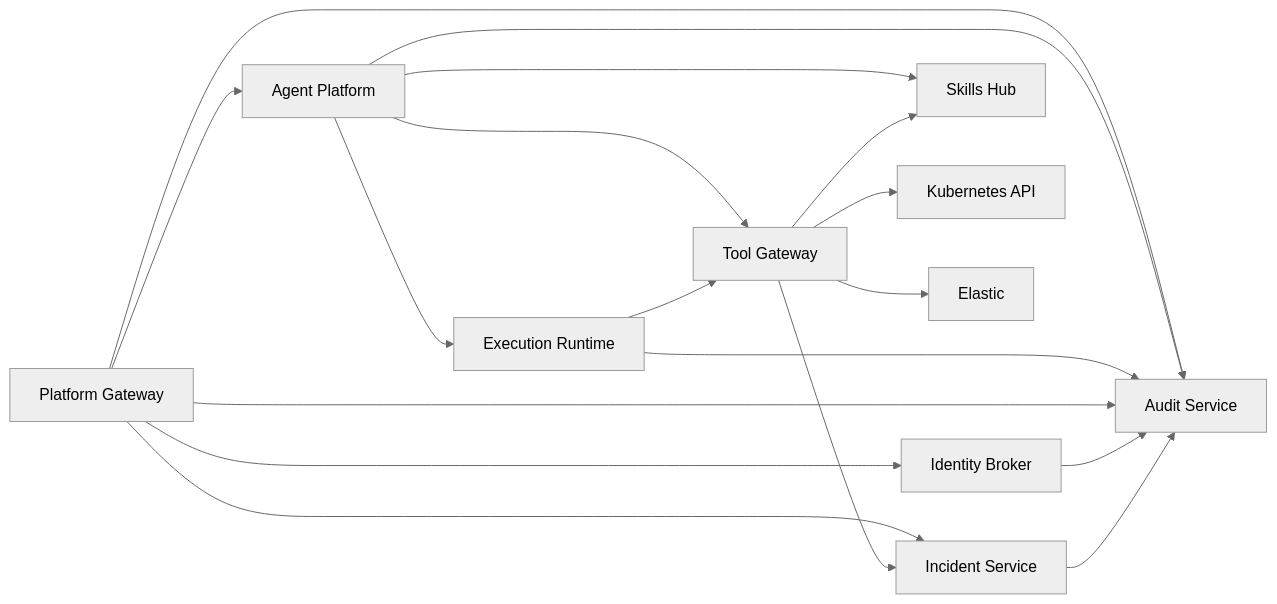
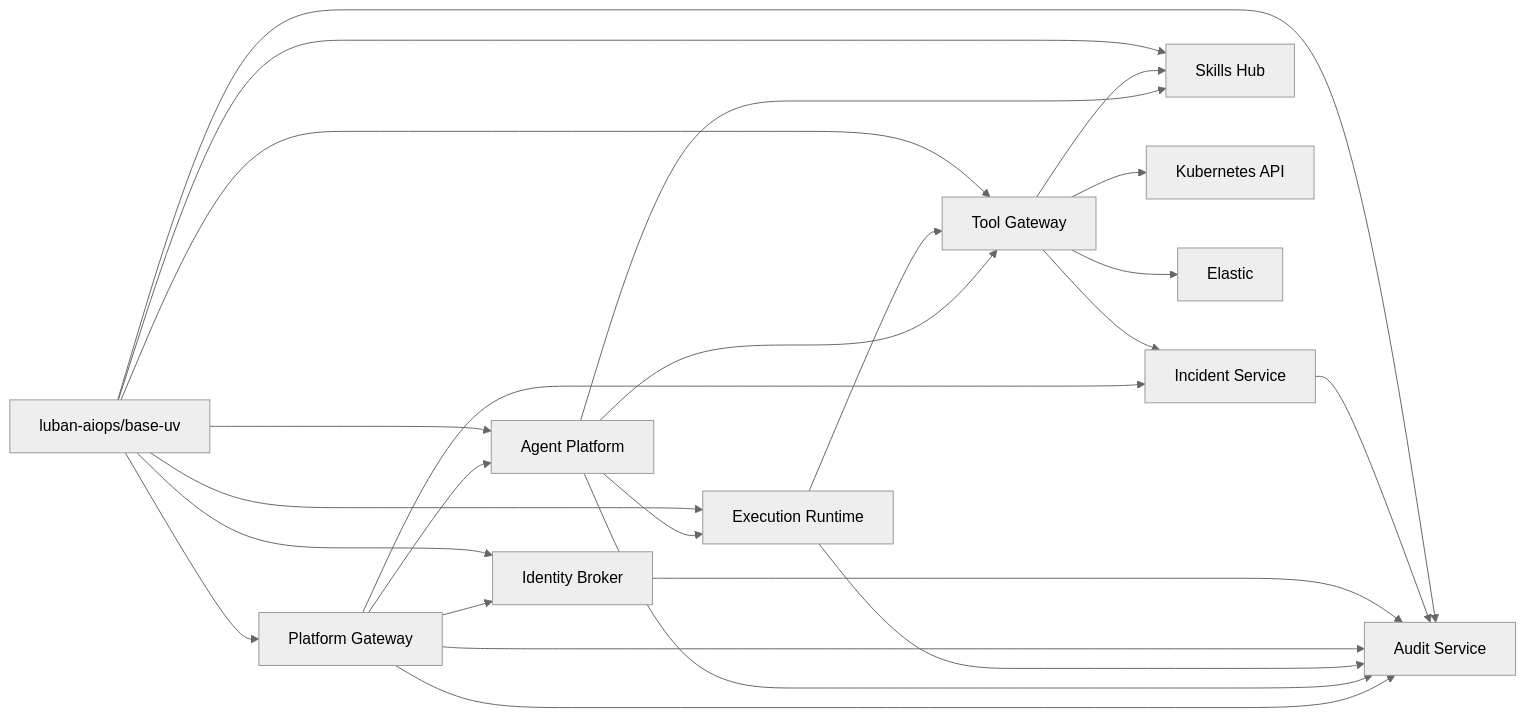
One commit to alainlei/luban-aiops changed the seventh of 7 diagrams in .qoder/repowiki/en/content/Platform Overview/Platform Overview.md. Above: the diagram before and after it, drawn with Mermaid (neutral theme). The commit also changed other lines of this file and 24 other files, not shown here.

````diff
--- a/.qoder/repowiki/en/content/Platform Overview/Platform Overview.md
+++ b/.qoder/repowiki/en/content/Platform Overview/Platform Overview.md
@@ -323,20 +363,27 @@
 ```mermaid
 graph LR
 PG["Platform Gateway"] --> IB["Identity Broker"]
 PG --> AS["Agent Platform"]
 PG --> AUD["Audit Service"]
 PG --> IS["Incident Service"]
 AS --> TG["Tool Gateway"]
 AS --> SH["Skills Hub"]
 AS --> ER["Execution Runtime"]
 ER --> TG
 TG --> K8S["Kubernetes API"]
 TG --> ELASTIC["Elastic"]
 TG --> SH
 TG --> IS
 AS --> AUD
 ER --> AUD
 PG --> AUD
 IB --> AUD
 IS --> AUD
+BASE["luban-aiops/base-uv"] --> AS
+BASE --> PG
+BASE --> TG
+BASE --> IB
+BASE --> SH
+BASE --> AUD
+BASE --> ER
 ```
````
